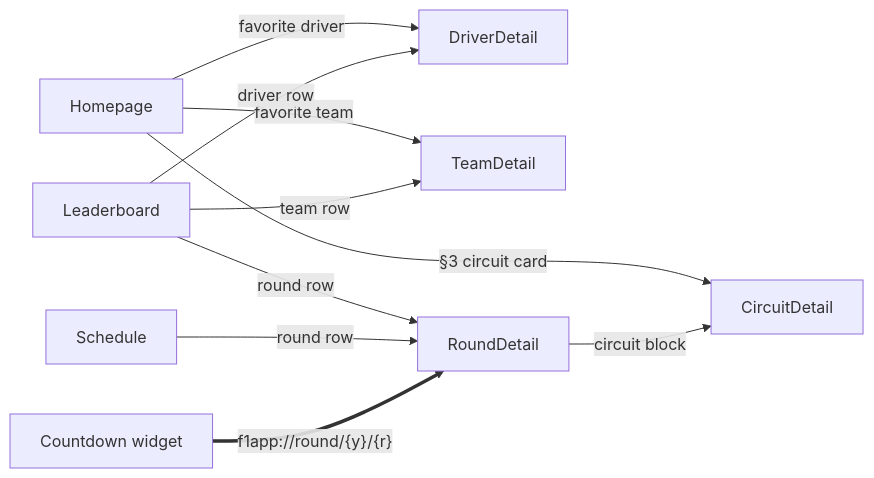
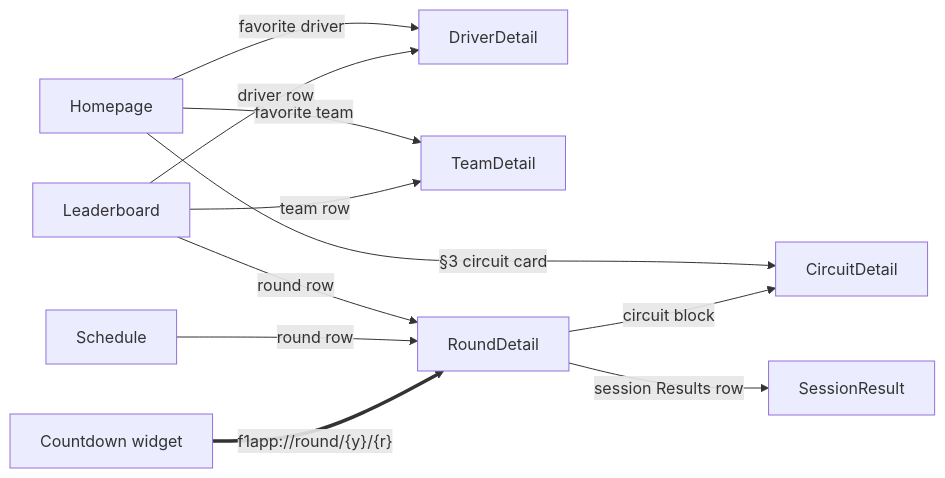
The first of 2 diagrams in lode/specs/f1app.md (anpurnama11/my-f1-companion-app), drawn with Mermaid before and after one commit. The commit also changed other lines of this file and 6 other files, not shown here.

First line of the commit message:
docs(lode): revise RoundDetail and SessionResult domain model

````diff
--- a/lode/specs/f1app.md
+++ b/lode/specs/f1app.md
@@ -271,12 +289,13 @@
 ```mermaid
 flowchart LR
   Homepage -->|favorite driver| DriverDetail
   Homepage -->|favorite team| TeamDetail
   Homepage -->|§3 circuit card| CircuitDetail
   Leaderboard -->|driver row| DriverDetail
   Leaderboard -->|team row| TeamDetail
   Leaderboard -->|round row| RoundDetail
   Schedule -->|round row| RoundDetail
   RoundDetail -->|circuit block| CircuitDetail
+  RoundDetail -->|session Results row| SessionResult
   Widget["Countdown widget"] ==>|"f1app://round/{y}/{r}"| RoundDetail
 ```
````
